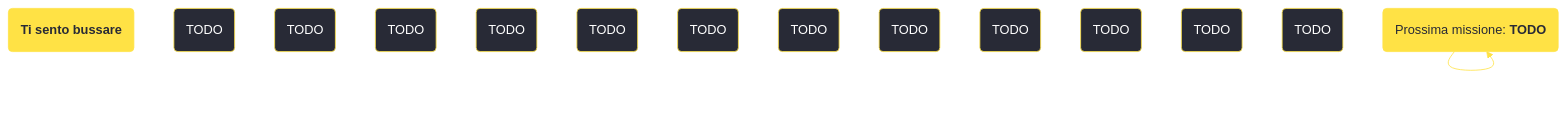
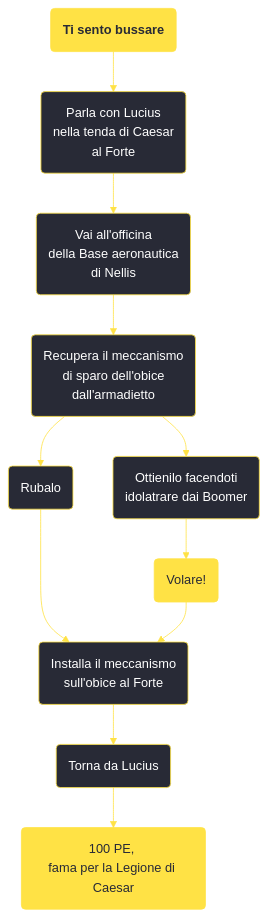
The diagram in content/voci/fallout new vegas/missioni/Ti sento bussare.md (persy/wastelander), drawn with Mermaid before and after one commit. The commit also changed 174 other files, not shown here.

````diff
--- a/content/voci/fallout new vegas/missioni/Ti sento bussare.md
+++ b/content/voci/fallout new vegas/missioni/Ti sento bussare.md
@@ -32,24 +32,24 @@
 ```mermaid
 %%{init: {'theme': 'base', 'themeVariables': { 'primaryColor': '#282a36', 'primaryBorderColor': '#ffe245', 'primaryTextColor': '#fff', 'lineColor': '#ffe245', 'fontFamily': 'Jura'}}}%%
 graph TD;
     id1(<b>Ti sento bussare</b>):::questfnv
-    id2(TODO)
-    id3(TODO)
-    id4(TODO)
-    id5(TODO)
-    id6(TODO)
-    id7(TODO) 
-    id8(TODO)
-    id9(TODO)
-    id10(TODO)
-    id11(TODO)
-    id12(TODO)
-    id13(TODO) 
-    id(TODO):::rewardfnv
-    id(Prossima missione: <b>TODO</b>):::questfnv
-    id-->id-->id-->id-->id-->id-->id
+    id2(Parla con Lucius <br />nella tenda di Caesar <br />al Forte)
+    id3(Vai all'officina <br />della Base aeronautica <br />di Nellis)
+    id4(Recupera il meccanismo <br />di sparo dell'obice <br />dall'armadietto)
+    id5(Rubalo)
+    id6(Ottienilo facendoti <br />idolatrare dai Boomer)
+    id8("Volare!"):::questfnv
+    id9(Installa il meccanismo <br />sull'obice al Forte)
+    id10(Torna da Lucius)
+    id11(100 PE, <br />fama per la Legione di Caesar):::rewardfnv
+
+    id1-->id2-->id3-->id4-->id5
+    id4-->id6-->id8
+    id5--->id9
+    id8-->id9-->id10-->id11
+
     
-    click id "../TODO"
+    
     classDef rewardfnv fill:#ffe245, stroke:#ffe245, color:#282a36;
     classDef questfnv fill:#ffe245, stroke:#ffe245, color:#282a36;
 ```
````
